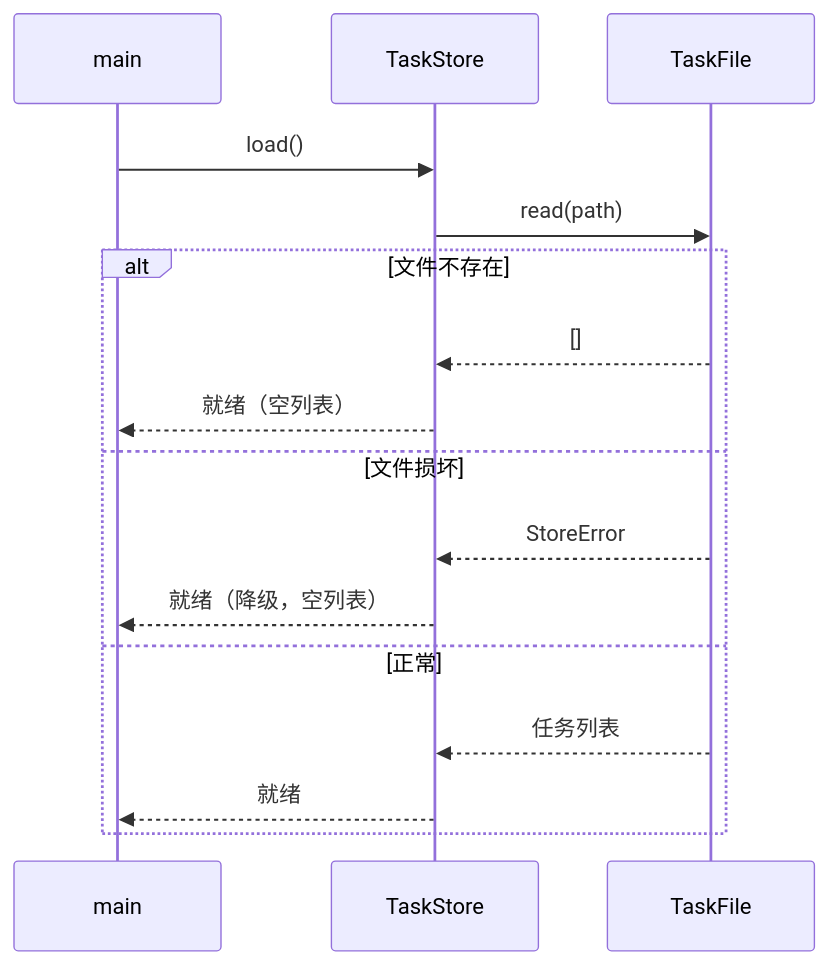
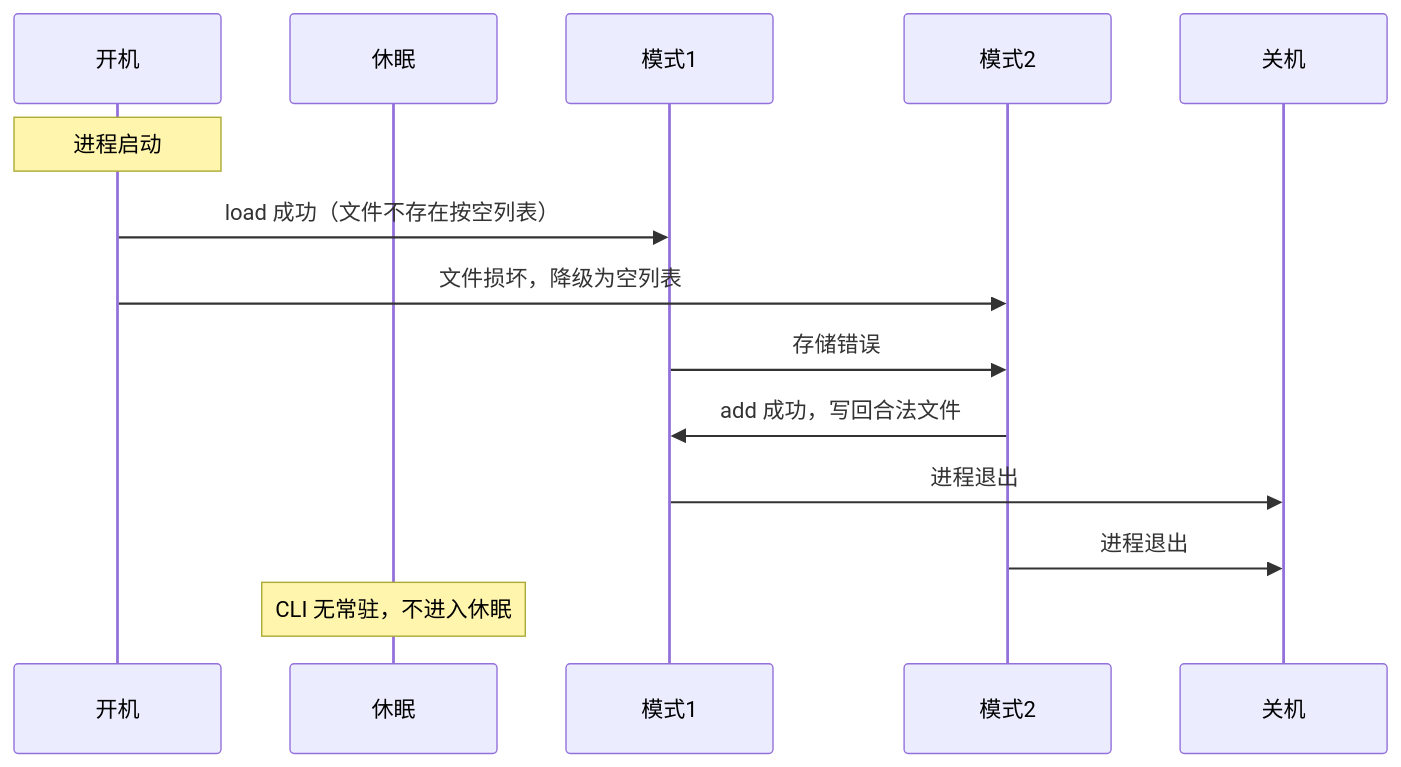
The fifth of 5 diagrams in spec-chain-development/examples/todo-cli/SDD/02-architecture.md (lijim0507/skills), drawn with Mermaid before and after one commit. The commit also changed other lines of this file and 6 other files, not shown here.

````diff
--- a/spec-chain-development/examples/todo-cli/SDD/02-architecture.md
+++ b/spec-chain-development/examples/todo-cli/SDD/02-architecture.md
@@ -272,18 +268,17 @@
 ```mermaid
 sequenceDiagram
-    participant M as main
-    participant S as TaskStore
-    participant F as TaskFile
-    M->>S: load()
-    S->>F: read(path)
-    alt 文件不存在
-        F-->>S: []
-        S-->>M: 就绪（空列表）
-    else 文件损坏
-        F-->>S: StoreError
-        S-->>M: 就绪（降级，空列表）
-    else 正常
-        F-->>S: 任务列表
-        S-->>M: 就绪
-    end
+    participant A as 开机
+    participant B as 休眠
+    participant C as 模式1
+    participant D as 模式2
+    participant E as 关机
+
+    Note over A: 进程启动
+    A->>C: load 成功（文件不存在按空列表）
+    A->>D: 文件损坏，降级为空列表
+    C->>D: 存储错误
+    D->>C: add 成功，写回合法文件
+    C->>E: 进程退出
+    D->>E: 进程退出
+    Note over B: CLI 无常驻，不进入休眠
 ```
````
